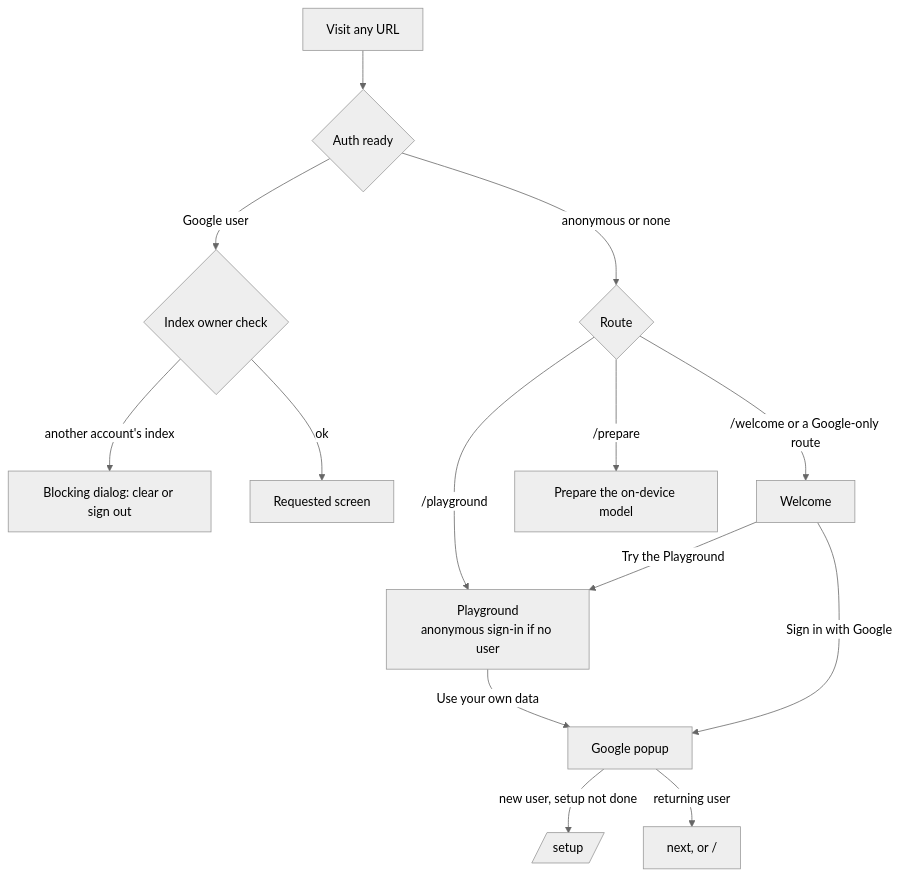
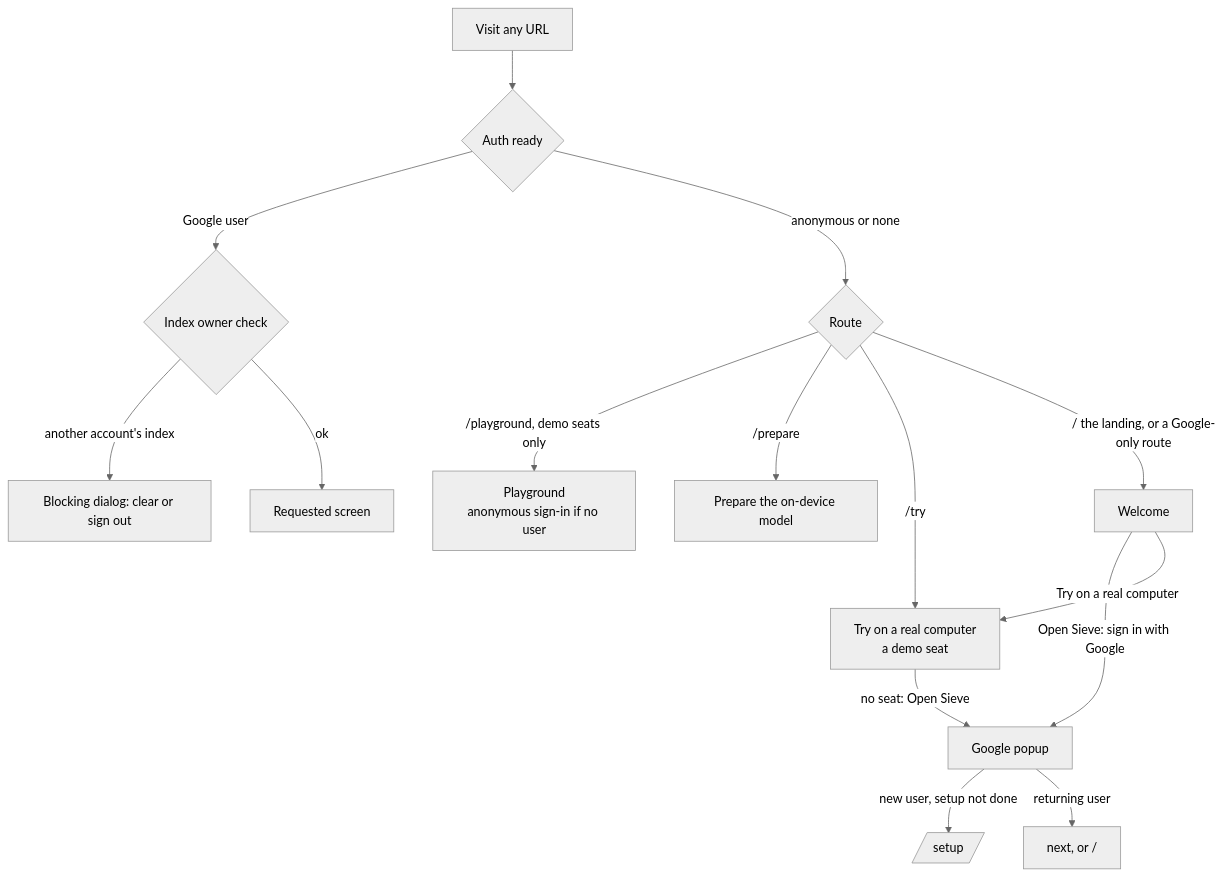
One commit to 1manideep/Sieve changed the first of 5 diagrams in docs/spec/40-web-app.md. Above: the diagram before and after it, drawn with Mermaid (neutral theme). The commit also changed other lines of this file and 151 other files, not shown here.

Commit message:
Auto-approve for testing, Gmail through the Google window, indexing in series with the checks at share time, the landing at the root with the app at /ask, the popup opens on arrival

````diff
--- a/docs/spec/40-web-app.md
+++ b/docs/spec/40-web-app.md
@@ -251,16 +252,17 @@
 ```mermaid
 flowchart TD
   A[Visit any URL] --> B{Auth ready}
   B -->|Google user| C{Index owner check}
   B -->|anonymous or none| D{Route}
-  D -->|/playground| P[Playground<br/>anonymous sign-in if no user]
+  D -->|/playground, demo seats only| P[Playground<br/>anonymous sign-in if no user]
   D -->|/prepare| M[Prepare the on-device model]
-  D -->|/welcome or a Google-only route| W[Welcome]
-  W -->|Try the Playground| P
-  W -->|Sign in with Google| G[Google popup]
-  P -->|Use your own data| G
+  D -->|/try| T[Try on a real computer<br/>a demo seat]
+  D -->|/ the landing, or a Google-only route| W[Welcome]
+  W -->|Open Sieve: sign in with Google| G[Google popup]
+  W -->|Try on a real computer| T
+  T -->|no seat: Open Sieve| G
   G -->|new user, setup not done| S[/setup/]
   G -->|returning user| N[next, or /]
   C -->|another account's index| X[Blocking dialog: clear or sign out]
   C -->|ok| R[Requested screen]
 ```
````
